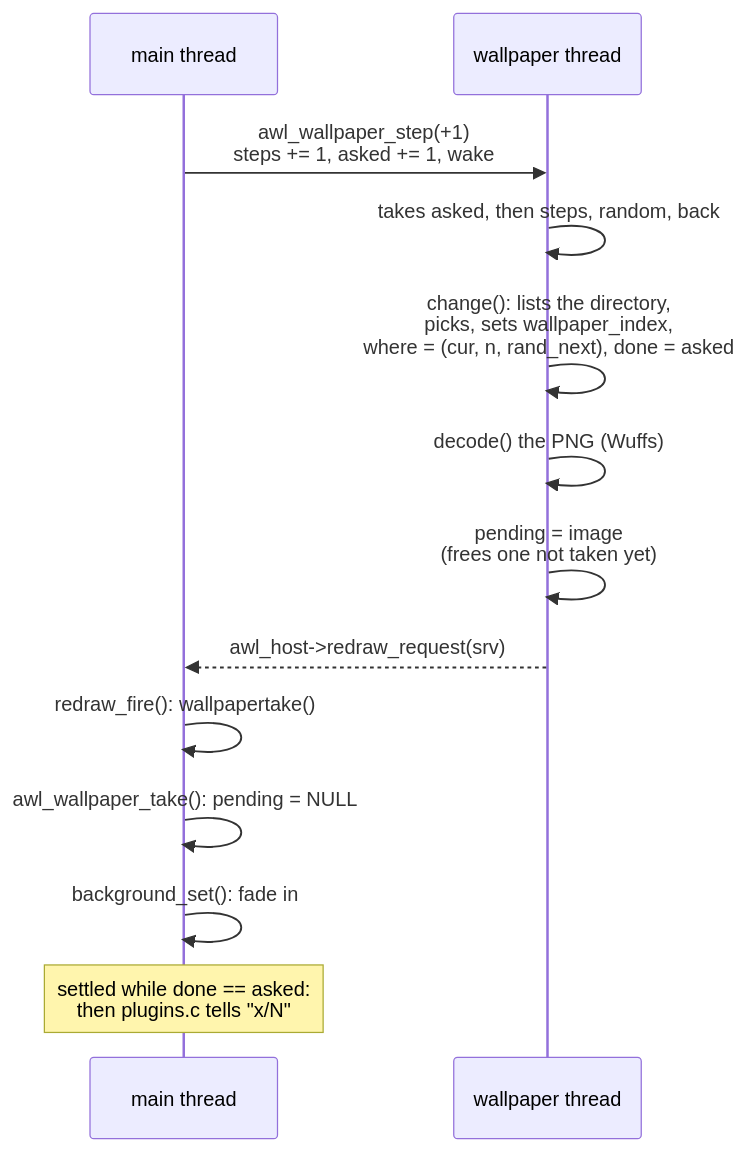
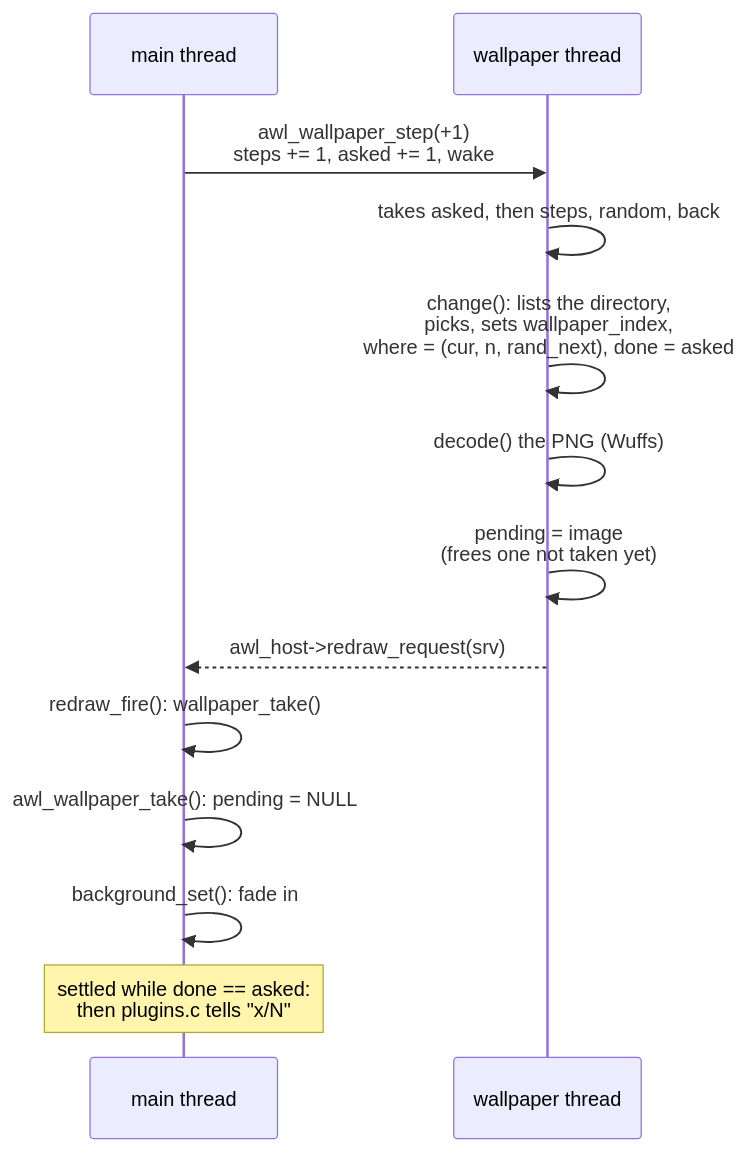
Before and after one commit to alcubierre-drive/awl: the sixth of 8 diagrams in doc/threads.rst, drawn with Mermaid. The commit also changed other lines of this file and 132 other files, not shown here.

```diff
--- a/doc/threads.rst
+++ b/doc/threads.rst
@@ -286,15 +286,15 @@
 .. mermaid::
 
    sequenceDiagram
      participant M as main thread
      participant W as wallpaper thread
      M->>W: awl_wallpaper_step(+1)<br/>steps += 1, asked += 1, wake
      W->>W: takes asked, then steps, random, back
      W->>W: change(): lists the directory,<br/>picks, sets wallpaper_index,<br/>where = (cur, n, rand_next), done = asked
      W->>W: decode() the PNG (Wuffs)
      W->>W: pending = image<br/>(frees one not taken yet)
      W-->>M: awl_host->redraw_request(srv)
-     M->>M: redraw_fire(): wallpapertake()
+     M->>M: redraw_fire(): wallpaper_take()
      M->>M: awl_wallpaper_take(): pending = NULL
      M->>M: background_set(): fade in
      Note over M: settled while done == asked:<br/>then plugins.c tells "x/N"
```
